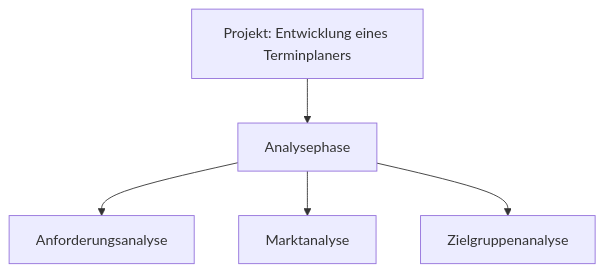
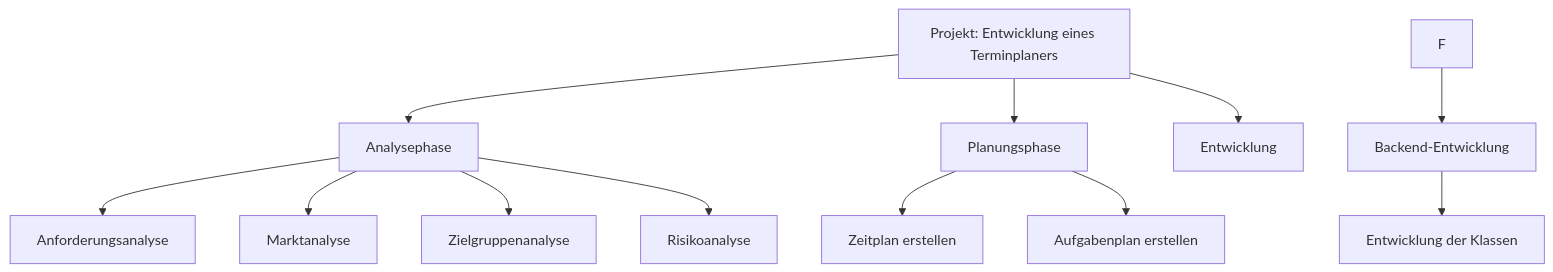
Before and after one commit to Rock-Lex/TimeWise: the diagram in README.md, drawn with Mermaid.

Commit message:
Update README.md
Projektstrukturplan aktualisierung

````diff
--- a/README.md
+++ b/README.md
@@ -28,7 +28,14 @@
 ```mermaid
 graph TD
 A[Projekt: Entwicklung eines Terminplaners] --> B[Analysephase]
-B --> C[Anforderungsanalyse]
-B --> D[Marktanalyse]
-B --> E[Zielgruppenanalyse]
+B --> B1[Anforderungsanalyse]
+B --> B2[Marktanalyse]
+B --> B3[Zielgruppenanalyse]
+B --> B4[Risikoanalyse]
+A --> C[Planungsphase]
+C --> C1[Zeitplan erstellen]
+C --> C2[Aufgabenplan erstellen]
+A --> D[Entwicklung]
+F --> G[Backend-Entwicklung]
+G --> H[Entwicklung der Klassen]
 ```
````
